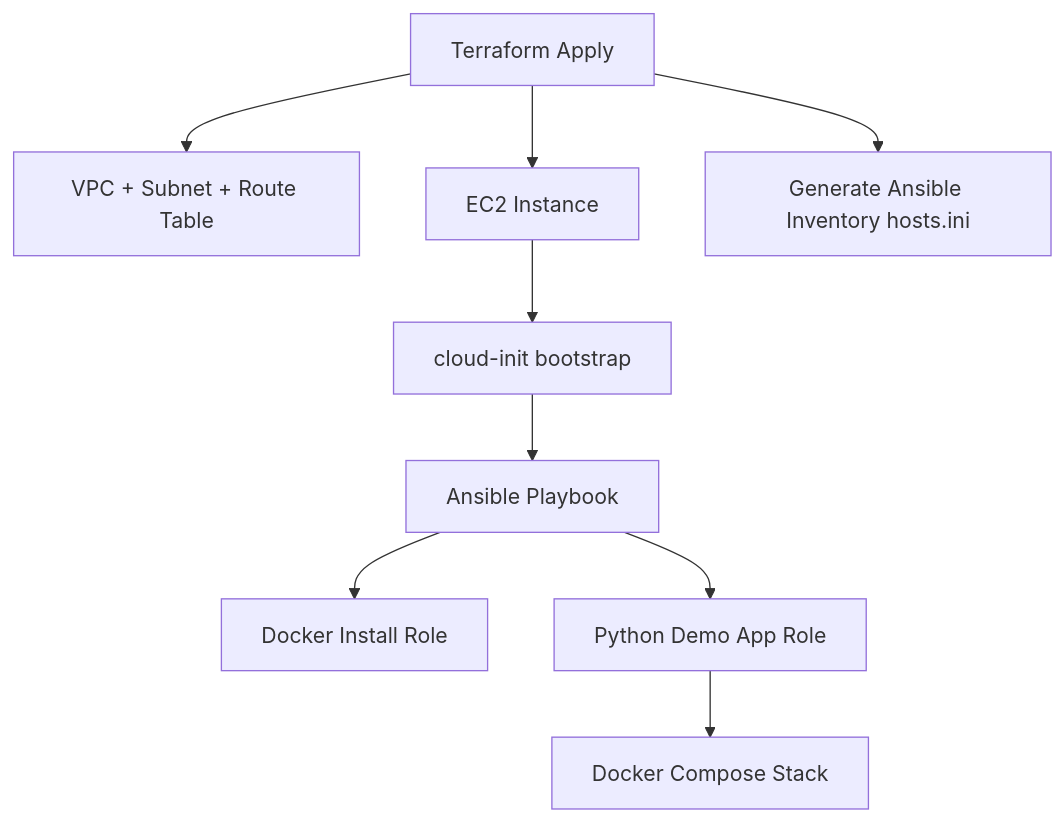
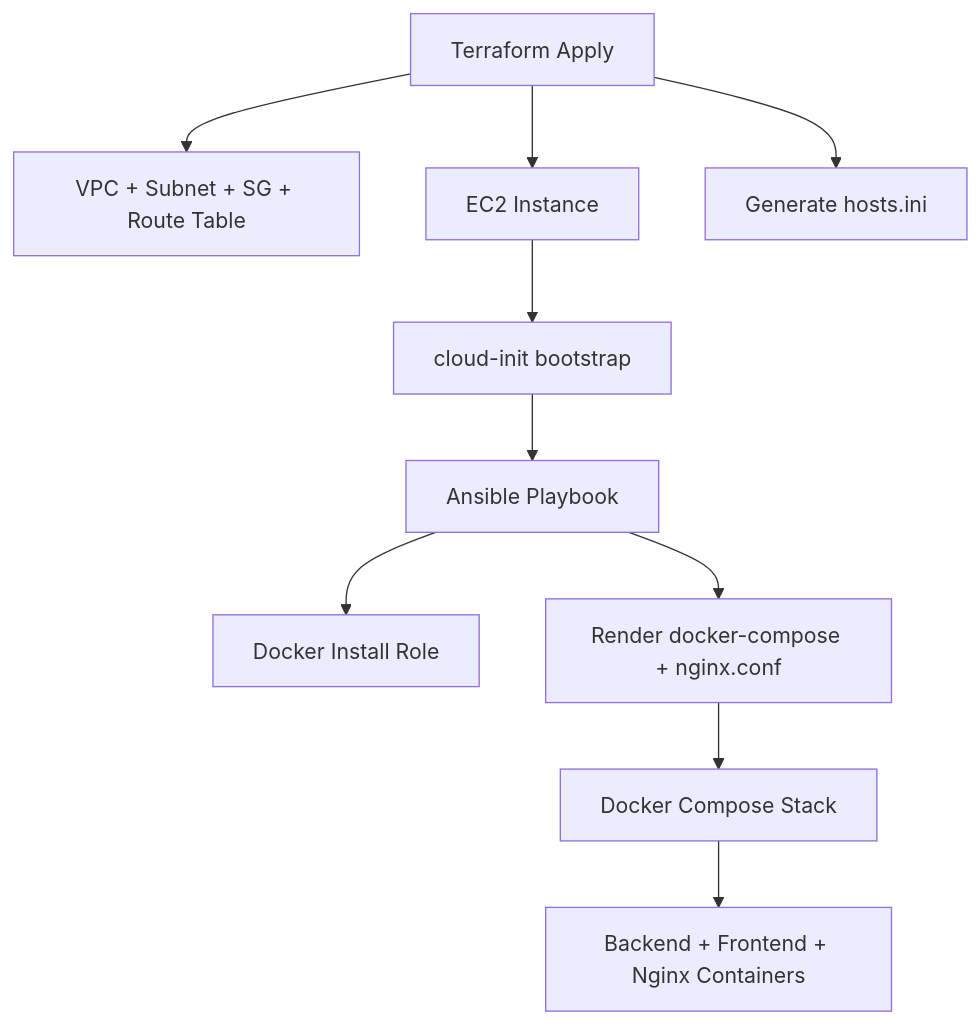
One commit to LaurisNeimanis/ccore-ai-infra changed the diagram in ansible/README.md. Above: the diagram before and after it, drawn with Mermaid. The commit also changed other lines of this file, not shown here.

Commit message:
docs(ansible): update README to match current GHCR-based deployment and template structure

````diff
--- a/ansible/README.md
+++ b/ansible/README.md
@@ -199,14 +140,15 @@
 ```mermaid
 flowchart TD
-    A[Terraform Apply] --> B[VPC + Subnet + Route Table]
+    A[Terraform Apply] --> B[VPC + Subnet + SG + Route Table]
     A --> C[EC2 Instance]
-    A --> D[Generate Ansible Inventory hosts.ini]
+    A --> D[Generate hosts.ini]
 
     C --> E[cloud-init bootstrap]
     E --> F[Ansible Playbook]
 
     F --> G[Docker Install Role]
-    F --> H[Python Demo App Role]
+    F --> H[Render docker-compose + nginx.conf]
 
     H --> I[Docker Compose Stack]
+    I --> J[Backend + Frontend + Nginx Containers]
 ```
````
